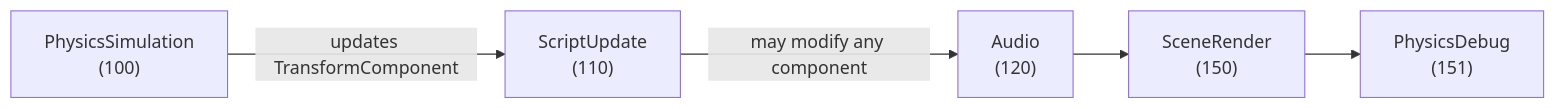
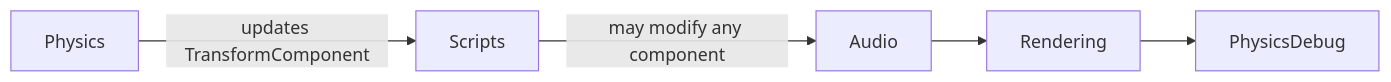
Before and after one commit to kateusz/GameEngine: the fifth of 5 diagrams in docs/architecture/ecs-architecture.md, drawn with Mermaid. The commit also changed other lines of this file and 32 other files, not shown here.

````diff
--- a/docs/architecture/ecs-architecture.md
+++ b/docs/architecture/ecs-architecture.md
@@ -248,13 +230,13 @@
 ```mermaid
 graph LR
-    Physics["PhysicsSimulation<br/>(100)"]
-    Scripts["ScriptUpdate<br/>(110)"]
-    Audio["Audio<br/>(120)"]
-    Render["SceneRender<br/>(150)"]
-    Debug["PhysicsDebug<br/>(151)"]
+    Physics["Physics"]
+    Scripts["Scripts"]
+    Audio["Audio"]
+    Render["Rendering"]
+    Debug["PhysicsDebug"]
 
     Physics -->|"updates TransformComponent"| Scripts
     Scripts -->|"may modify any component"| Audio
     Audio --> Render
     Render --> Debug
 ```
````
